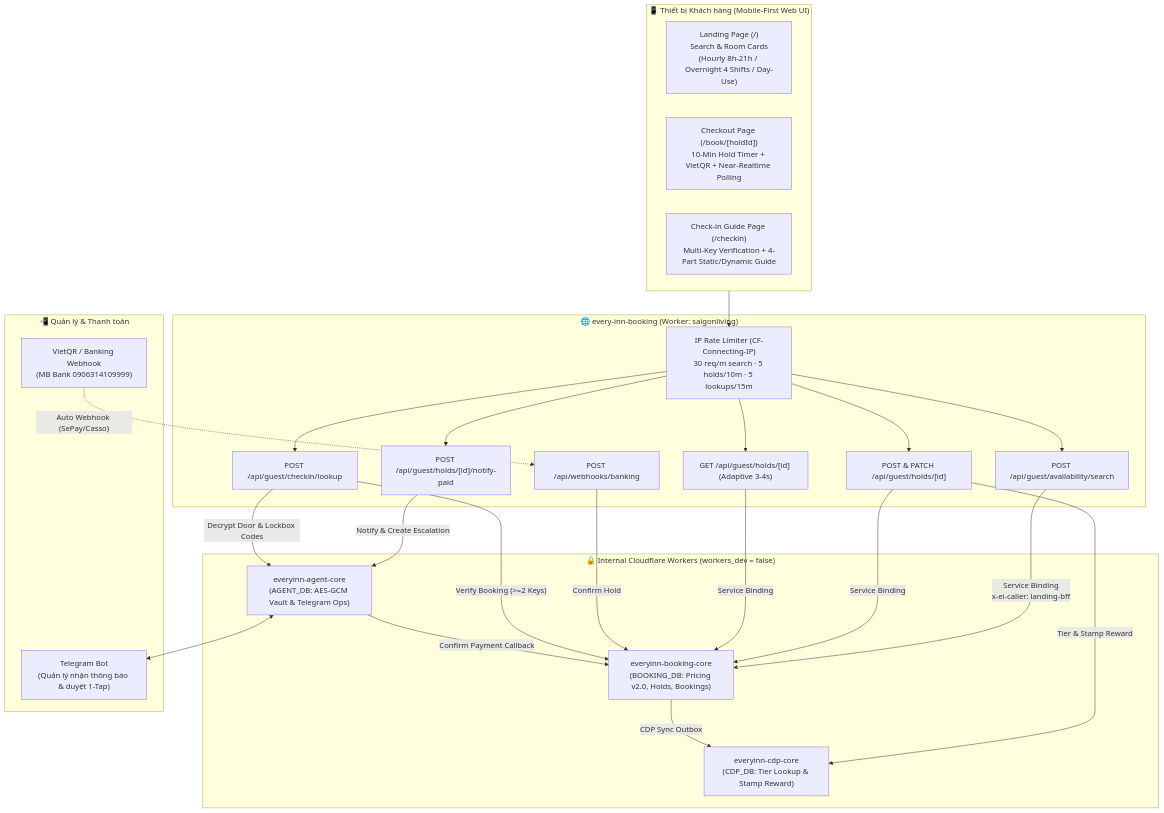
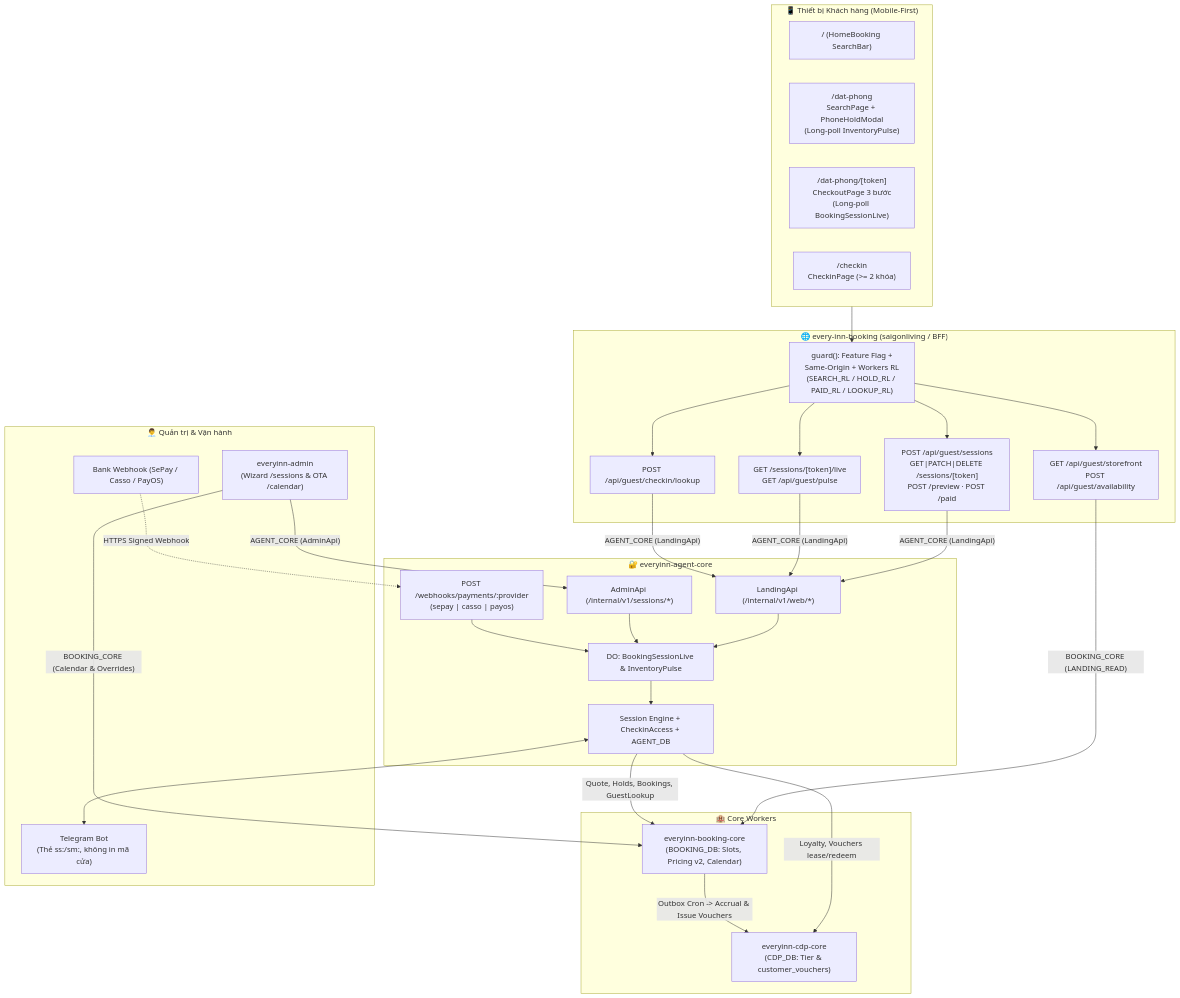
One commit to everyinn-dev/every-inn-booking changed the first of 2 diagrams in specs/001-guest-self-booking/plan.md. Above: the diagram before and after it, drawn with Mermaid. The commit also changed other lines of this file and 5 other files, not shown here.

First line of the commit message:
docs(spec): sync all landing self-booking specs with source-of-truth

````diff
--- a/specs/001-guest-self-booking/plan.md
+++ b/specs/001-guest-self-booking/plan.md
@@ -58,50 +69,49 @@
 ```mermaid
 flowchart TB
-    subgraph GuestDevice["📱 Thiết bị Khách hàng (Mobile-First Web UI)"]
-        LP["Landing Page (/)\nSearch & Room Cards\n(Hourly 8h-21h / Overnight 4 Shifts / Day-Use)"]
-        CO["Checkout Page (/book/[holdId])\n10-Min Hold Timer + VietQR + Near-Realtime Polling"]
-        CI["Check-in Guide Page (/checkin)\nMulti-Key Verification + 4-Part Static/Dynamic Guide"]
+    subgraph Guest["📱 Thiết bị Khách hàng (Mobile-First)"]
+        HOME["/ (HomeBooking SearchBar)"]
+        SEARCH["/dat-phong\nSearchPage + PhoneHoldModal\n(Long-poll InventoryPulse)"]
+        CHECKOUT["/dat-phong/[token]\nCheckoutPage 3 bước\n(Long-poll BookingSessionLive)"]
+        CHECKIN["/checkin\nCheckinPage (>= 2 khóa)"]
     end
 
-    subgraph LandingBFF["🌐 every-inn-booking (Worker: saigonliving)"]
-        RL["IP Rate Limiter (CF-Connecting-IP)\n30 req/m search · 5 holds/10m · 5 lookups/15m"]
-        API_SEARCH["POST /api/guest/availability/search"]
-        API_HOLD["POST & PATCH /api/guest/holds/[id]"]
-        API_PAID["POST /api/guest/holds/[id]/notify-paid"]
-        API_POLL["GET /api/guest/holds/[id] (Adaptive 3-4s)"]
-        API_HOOK["POST /api/webhooks/banking"]
-        API_CHECKIN["POST /api/guest/checkin/lookup"]
+    subgraph BFF["🌐 every-inn-booking (saigonliving / BFF)"]
+        GUARD["guard(): Feature Flag +\nSame-Origin + Workers RL\n(SEARCH_RL / HOLD_RL / PAID_RL / LOOKUP_RL)"]
+        READ_API["GET /api/guest/storefront\nPOST /api/guest/availability"]
+        SES_API["POST /api/guest/sessions\nGET|PATCH|DELETE /sessions/[token]\nPOST /preview · POST /paid"]
+        LIVE_API["GET /sessions/[token]/live\nGET /api/guest/pulse"]
+        CI_API["POST /api/guest/checkin/lookup"]
     end
 
-    subgraph InternalCores["🔒 Internal Cloudflare Workers (workers_dev = false)"]
-        BC["everyinn-booking-core\n(BOOKING_DB: Pricing v2.0, Holds, Bookings)"]
-        CC["everyinn-cdp-core\n(CDP_DB: Tier Lookup & Stamp Reward)"]
-        AC["everyinn-agent-core\n(AGENT_DB: AES-GCM Vault & Telegram Ops)"]
+    subgraph AgentCore["🔐 everyinn-agent-core"]
+        LANDING_EP["LandingApi (/internal/v1/web/*)"]
+        ADMIN_EP["AdminApi (/internal/v1/sessions/*)"]
+        PAY_HOOK["POST /webhooks/payments/:provider\n(sepay | casso | payos)"]
+        DO_LIVE["DO: BookingSessionLive & InventoryPulse"]
+        ENGINE["Session Engine + CheckinAccess + AGENT_DB"]
     end
 
-    subgraph ExternalServices["📲 Quản lý & Thanh toán"]
-        TG["Telegram Bot\n(Quản lý nhận thông báo & duyệt 1-Tap)"]
-        BANK["VietQR / Banking Webhook\n(MB Bank 0906314109999)"]
+    subgraph Cores["🏨 Core Workers"]
+        BC["everyinn-booking-core\n(BOOKING_DB: Slots, Pricing v2, Calendar)"]
+        CC["everyinn-cdp-core\n(CDP_DB: Tier & customer_vouchers)"]
     end
 
-    GuestDevice --> RL
-    RL --> API_SEARCH
-    RL --> API_HOLD
-    RL --> API_PAID
-    RL --> API_POLL
-    RL --> API_CHECKIN
-    BANK -. "Auto Webhook (SePay/Casso)" .-> API_HOOK
+    subgraph StaffOps["👨‍💼 Quản trị & Vận hành"]
+        ADM["everyinn-admin\n(Wizard /sessions & OTA /calendar)"]
+        TG["Telegram Bot\n(Thẻ ss:/sm:, không in mã cửa)"]
+        BANK["Bank Webhook (SePay / Casso / PayOS)"]
+    end
 
-    API_SEARCH -- "Service Binding\nx-ei-caller: landing-bff" --> BC
-    API_HOLD -- "Service Binding" --> BC
-    API_HOLD -- "Tier & Stamp Reward" --> CC
-    API_POLL -- "Service Binding" --> BC
-    API_PAID -- "Notify & Create Escalation" --> AC
-    API_HOOK -- "Confirm Hold" --> BC
-    API_CHECKIN -- "Verify Booking (>=2 Keys)" --> BC
-    API_CHECKIN -- "Decrypt Door & Lockbox Codes" --> AC
-
-    AC <--> TG
-    AC -- "Confirm Payment Callback" --> BC
-    BC -- "CDP Sync Outbox" --> CC
+    Guest --> GUARD
+    GUARD --> READ_API & SES_API & LIVE_API & CI_API
+    READ_API -- "BOOKING_CORE (LANDING_READ)" --> BC
+    SES_API & LIVE_API & CI_API -- "AGENT_CORE (LandingApi)" --> LANDING_EP
+    ADM -- "AGENT_CORE (AdminApi)" --> ADMIN_EP
+    ADM -- "BOOKING_CORE (Calendar & Overrides)" --> BC
+    BANK -. "HTTPS Signed Webhook" .-> PAY_HOOK
+    LANDING_EP & ADMIN_EP & PAY_HOOK --> DO_LIVE --> ENGINE
+    ENGINE -- "Quote, Holds, Bookings, GuestLookup" --> BC
+    ENGINE -- "Loyalty, Vouchers lease/redeem" --> CC
+    ENGINE <--> TG
+    BC -- "Outbox Cron -> Accrual & Issue Vouchers" --> CC
 ```
````
